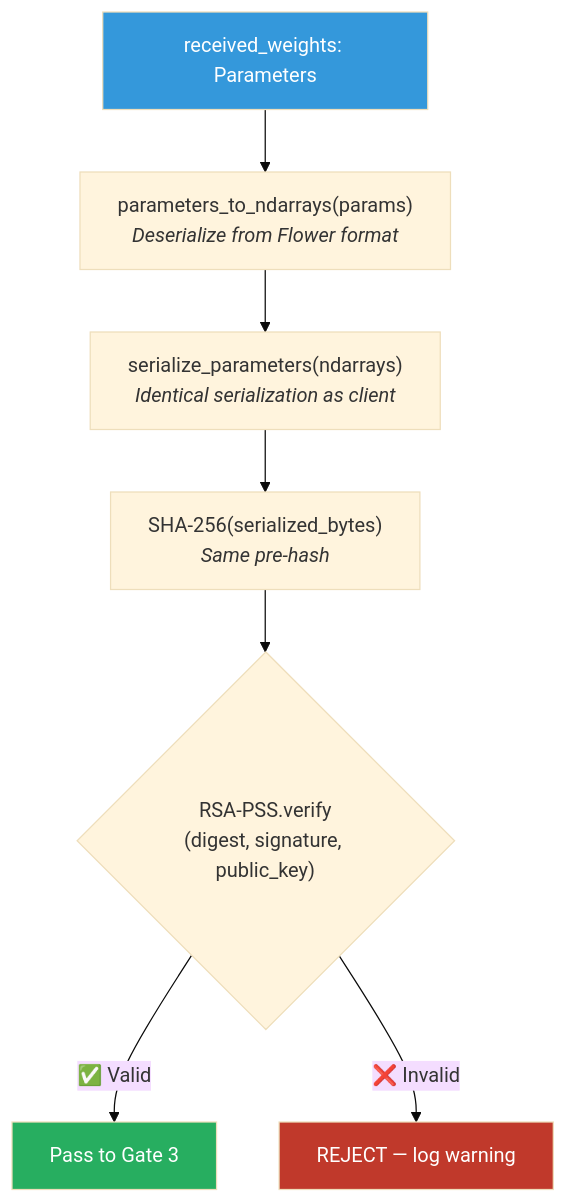
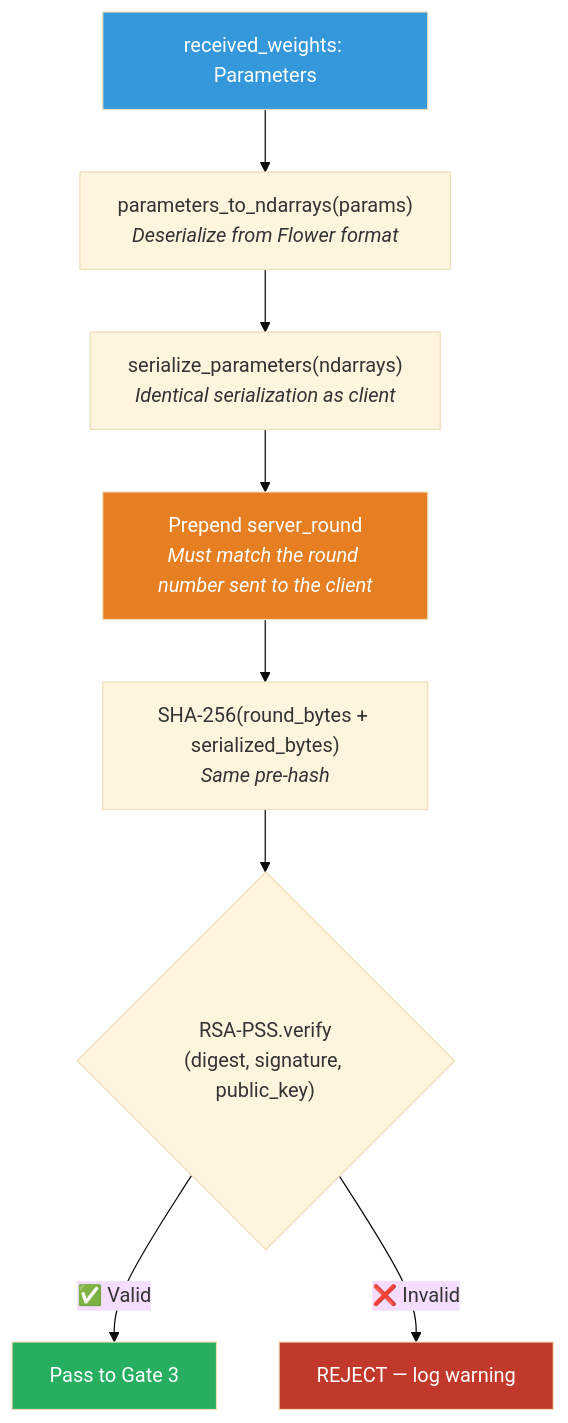
One commit to Zocke07/ZT-Pipeline changed the ninth of 11 diagrams in ARCHITECTURE.md. Above: the diagram before and after it, drawn with Mermaid (base theme). The commit also changed other lines of this file and 17 other files, not shown here.

````diff
--- a/ARCHITECTURE.md
+++ b/ARCHITECTURE.md
@@ -350,13 +543,15 @@
 ```mermaid
 flowchart TD
     RW["received_weights: Parameters"] --> DES["parameters_to_ndarrays(params)<br/><i>Deserialize from Flower format</i>"]
     DES --> SER["serialize_parameters(ndarrays)<br/><i>Identical serialization as client</i>"]
-    SER --> HASH["SHA-256(serialized_bytes)<br/><i>Same pre-hash</i>"]
+    SER --> RND["Prepend server_round<br/><i>Must match the round number sent to the client</i>"]
+    RND --> HASH["SHA-256(round_bytes + serialized_bytes)<br/><i>Same pre-hash</i>"]
     HASH --> VER{"RSA-PSS.verify<br/>(digest, signature, public_key)"}
     VER -->|"✅ Valid"| G3["Pass to Gate 3"]
     VER -->|"❌ Invalid"| REJ["REJECT — log warning"]
 
     style RW fill:#3498db,color:#fff
+    style RND fill:#e67e22,color:#fff
     style G3 fill:#27ae60,color:#fff
     style REJ fill:#c0392b,color:#fff
 ```
````
